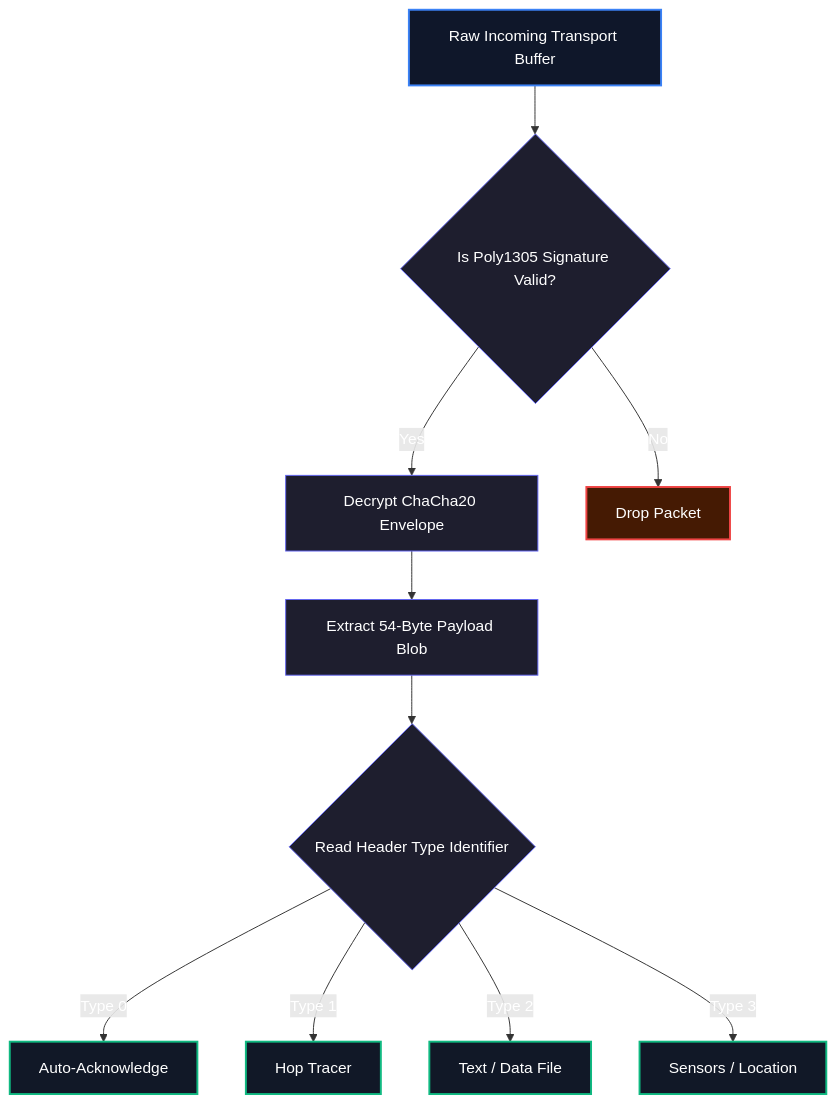
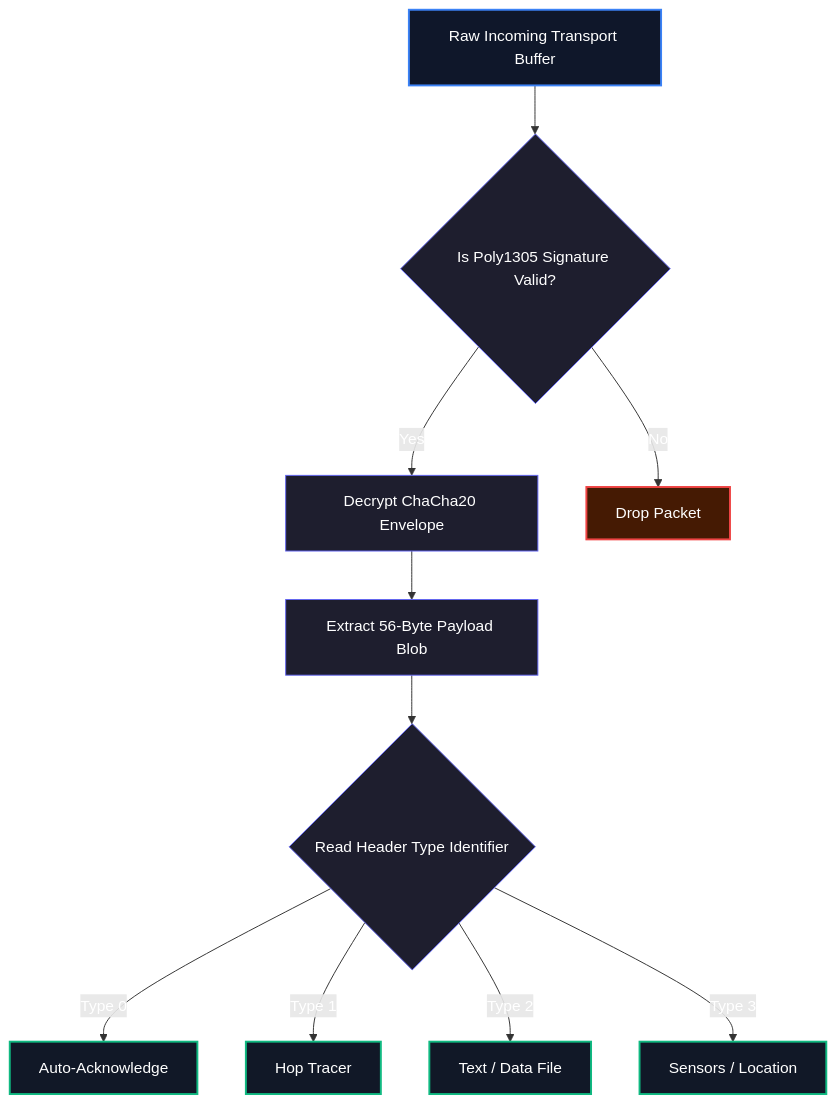
The diagram in src/docs/content/docs/rfc/08-payload-overview.mdx (qshosfw/hermes), drawn with Mermaid before and after one commit. The commit also changed other lines of this file and 24 other files, not shown here.

````diff
--- a/src/docs/content/docs/rfc/08-payload-overview.mdx
+++ b/src/docs/content/docs/rfc/08-payload-overview.mdx
@@ -16,23 +25,23 @@
 ```mermaid
 graph TD
     A["Raw Incoming Transport Buffer"] --> B{"Is Poly1305 Signature Valid?"}
     B -- Yes --> C["Decrypt ChaCha20 Envelope"]
     B -- No --> D["Drop Packet"]
-    C --> E["Extract 54-Byte Payload Blob"]
+    C --> E["Extract 56-Byte Payload Blob"]
     E --> F{"Read Header Type Identifier"}
     
     F -->|Type 0| ACK["Auto-Acknowledge"]
     F -->|Type 1| PING["Hop Tracer"]
     F -->|Type 2| MSG["Text / Data File"]
     F -->|Type 3| TEL["Sensors / Location"]
     
     classDef root fill:#0f172a,stroke:#3b82f6,stroke-width:2px,color:white
     classDef node fill:#1e1e2e,stroke:#6366f1,stroke-width:1px,color:white
     classDef dest fill:#111827,stroke:#10b981,stroke-width:2px,color:white
     classDef bad fill:#451a03,stroke:#ef4444,stroke-width:2px,color:white
     
     class A root
     class B,C,E,F node
     class ACK,PING,MSG,TEL dest
     class D bad
 ```
````
